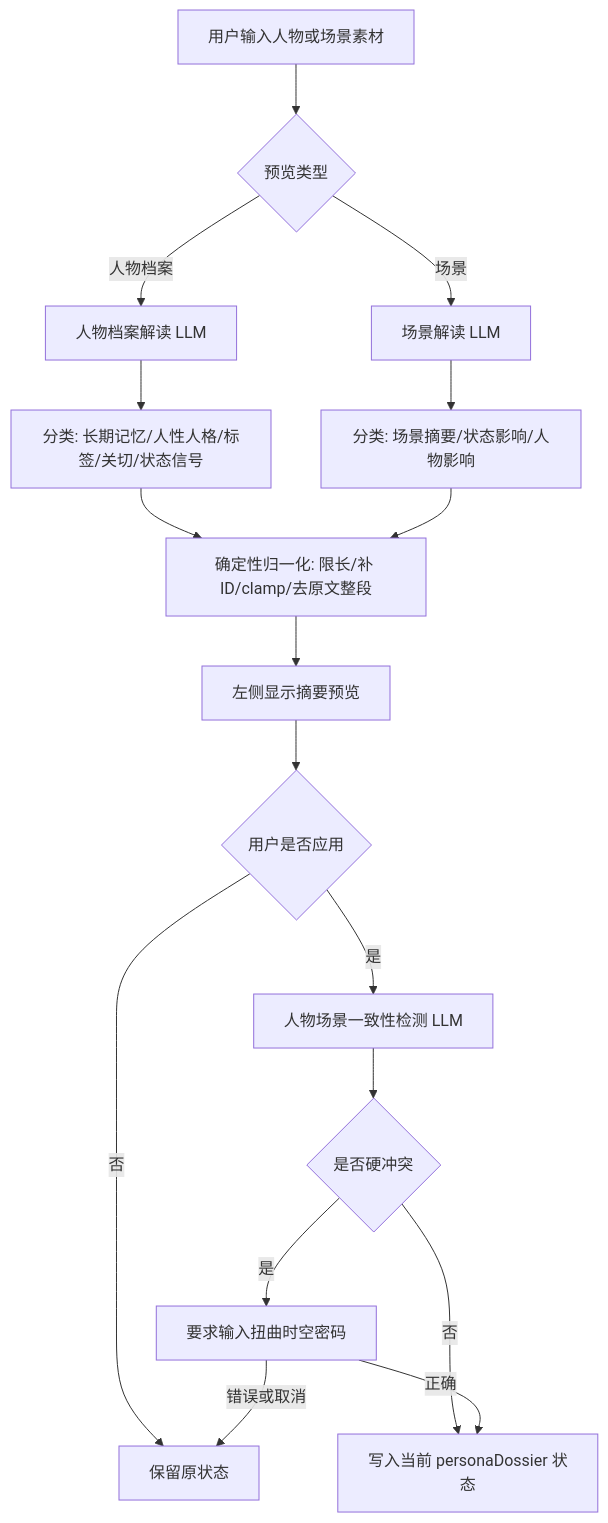
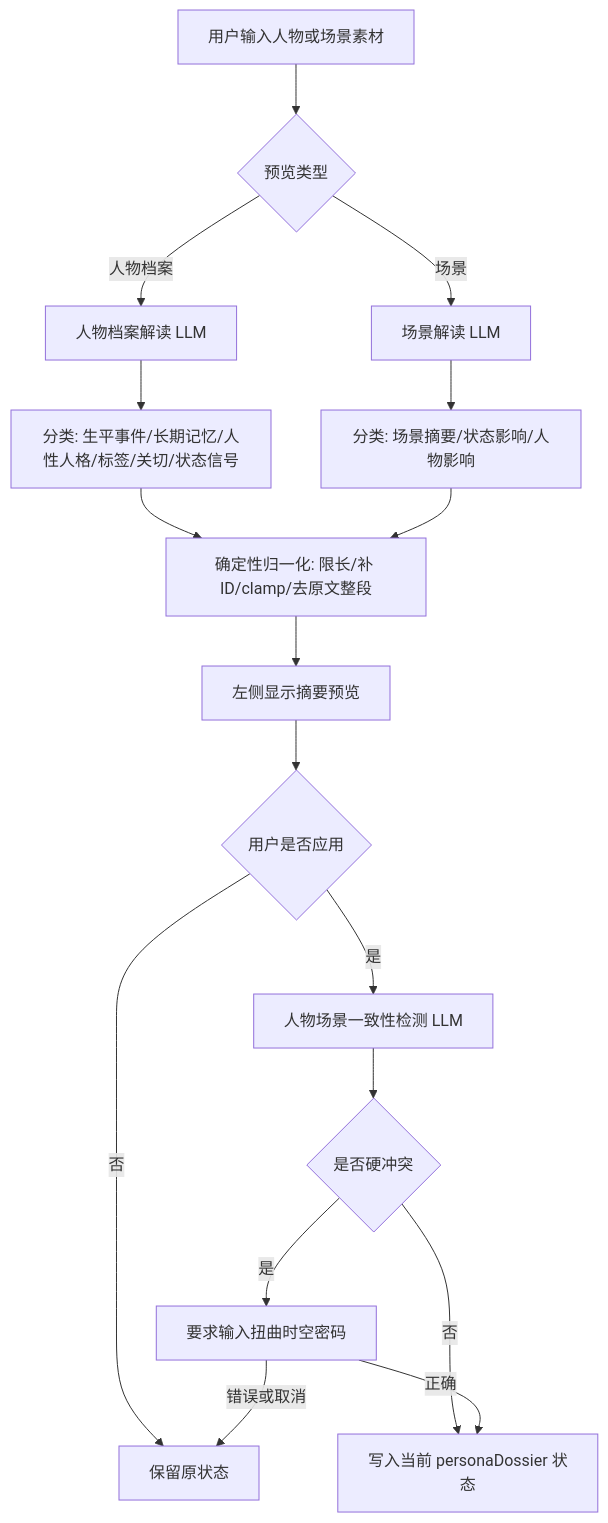
One commit to ttmanthatman/virtual-human-flow changed the seventh of 31 diagrams in docs/SYSTEM_FLOW.md. Above: the diagram before and after it, drawn with Mermaid. The commit also changed other lines of this file and 12 other files, not shown here.

````diff
--- a/docs/SYSTEM_FLOW.md
+++ b/docs/SYSTEM_FLOW.md
@@ -173,19 +175,19 @@
 ```mermaid
 flowchart TD
     A[用户输入人物或场景素材] --> B{预览类型}
     B -- 人物档案 --> D[人物档案解读 LLM]
     B -- 场景 --> E[场景解读 LLM]
-    D --> D1[分类: 长期记忆/人性人格/标签/关切/状态信号]
+    D --> D1[分类: 生平事件/长期记忆/人性人格/标签/关切/状态信号]
     E --> E1[分类: 场景摘要/状态影响/人物影响]
     D1 --> F[确定性归一化: 限长/补 ID/clamp/去原文整段]
     E1 --> F
     F --> G[左侧显示摘要预览]
     G --> H{用户是否应用}
     H -- 否 --> J[保留原状态]
     H -- 是 --> K[人物场景一致性检测 LLM]
     K --> L{是否硬冲突}
     L -- 否 --> I[写入当前 personaDossier 状态]
     L -- 是 --> M[要求输入扭曲时空密码]
     M -- 正确 --> I
     M -- 错误或取消 --> J
 ```
````
